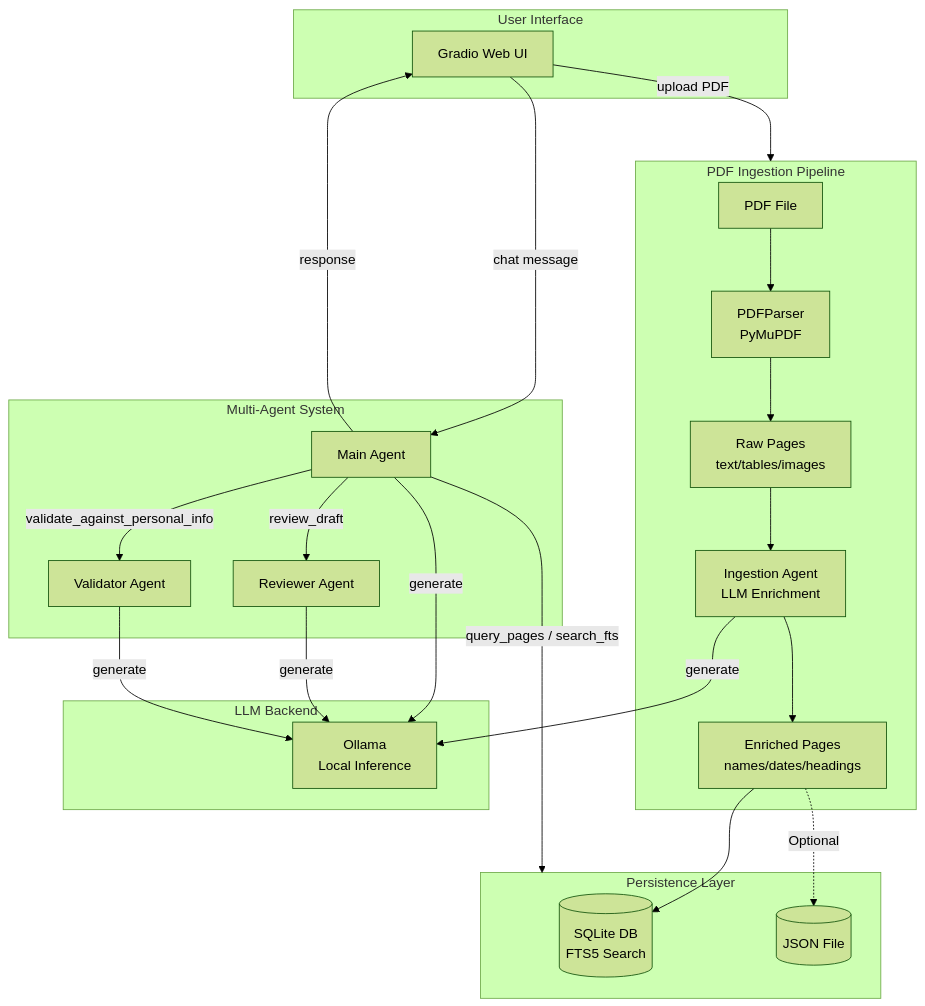
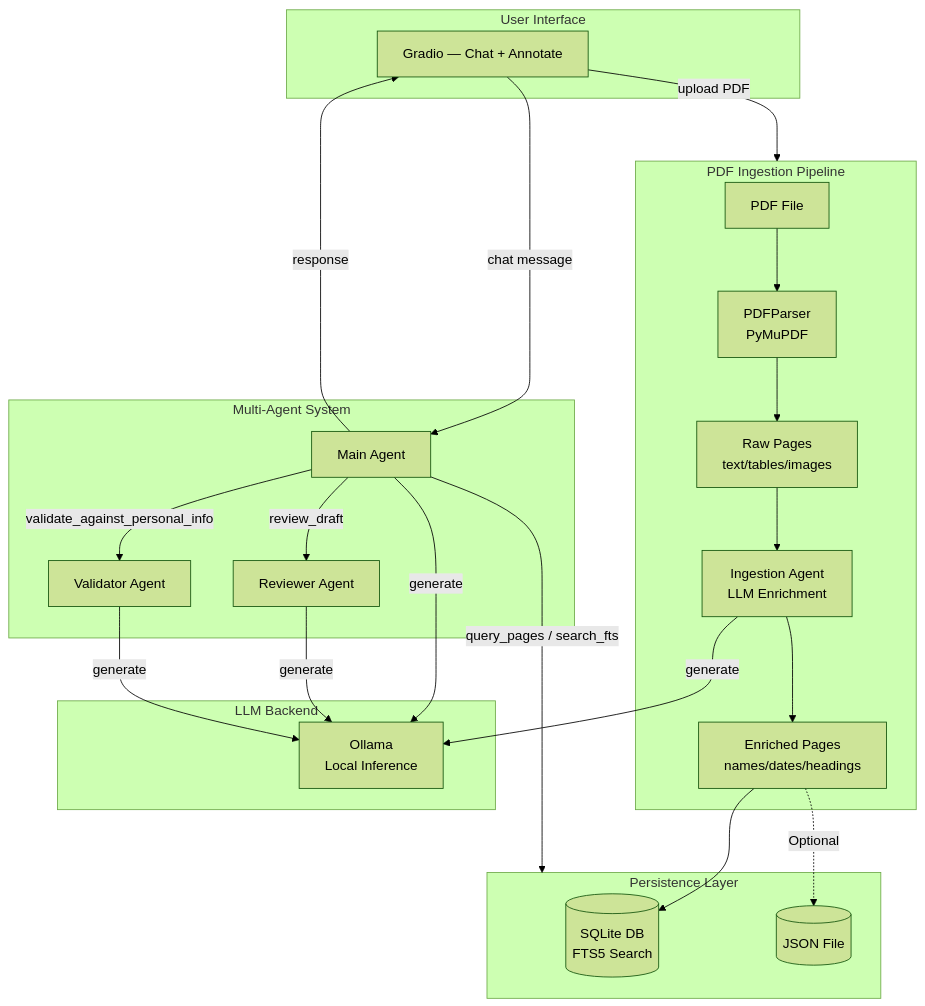
One commit to dallal9/Doc2Agent changed the diagram in README.md. Above: the diagram before and after it, drawn with Mermaid (forest theme). The commit also changed other lines of this file and 2 other files, not shown here.

````diff
--- a/README.md
+++ b/README.md
@@ -114,39 +113,39 @@
 ```mermaid
 flowchart TB
     subgraph UI[User Interface]
-        GR[Gradio Web UI]
+        GR[Gradio — Chat + Annotate]
     end
 
     subgraph Ingestion[PDF Ingestion Pipeline]
         PDF[PDF File] --> Parser[PDFParser<br/>PyMuPDF]
         Parser --> RawPages[Raw Pages<br/>text/tables/images]
         RawPages --> IngAgent[Ingestion Agent<br/>LLM Enrichment]
         IngAgent --> EnrichedPages[Enriched Pages<br/>names/dates/headings]
     end
 
     subgraph Storage[Persistence Layer]
         EnrichedPages --> SQLite[(SQLite DB<br/>FTS5 Search)]
         EnrichedPages -.->|Optional| JSON[(JSON File)]
     end
 
     subgraph Agents[Multi-Agent System]
         Main[Main Agent]
         Reviewer[Reviewer Agent]
         Validator[Validator Agent]
         Main -->|review_draft| Reviewer
         Main -->|validate_against_personal_info| Validator
     end
 
     subgraph LLM[LLM Backend]
         Ollama[Ollama<br/>Local Inference]
     end
 
     GR -->|upload PDF| Ingestion
     GR -->|chat message| Main
     Main -->|query_pages / search_fts| Storage
     Main -->|generate| Ollama
     Reviewer -->|generate| Ollama
     Validator -->|generate| Ollama
     IngAgent -->|generate| Ollama
     Main -->|response| GR
 ```
````
